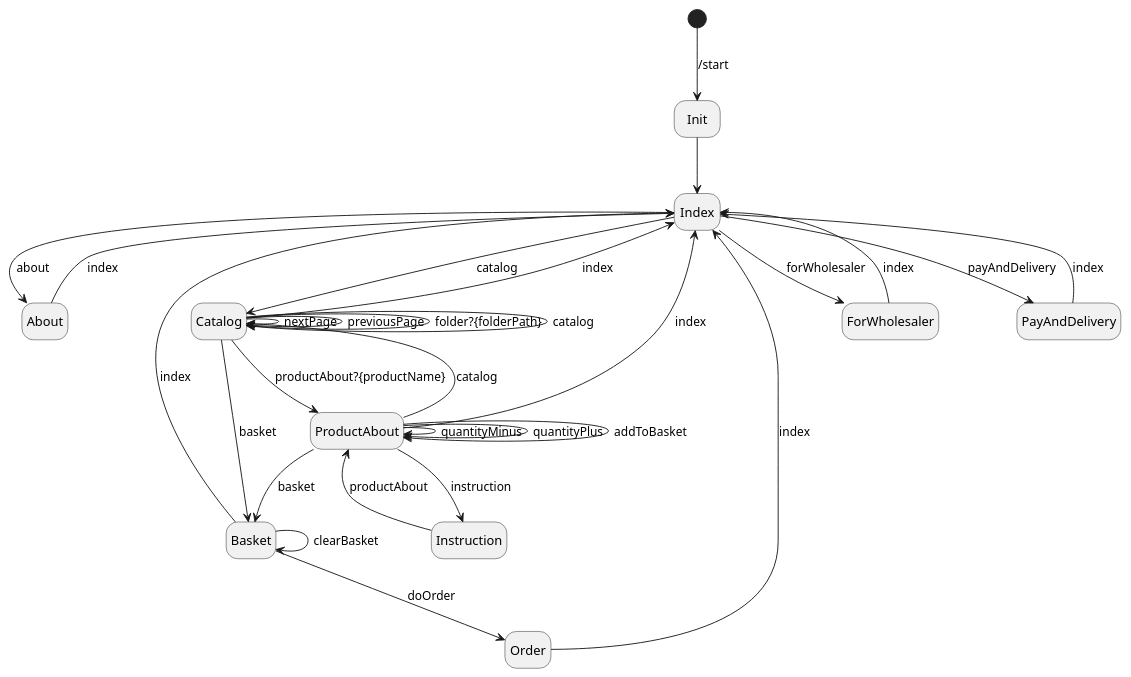
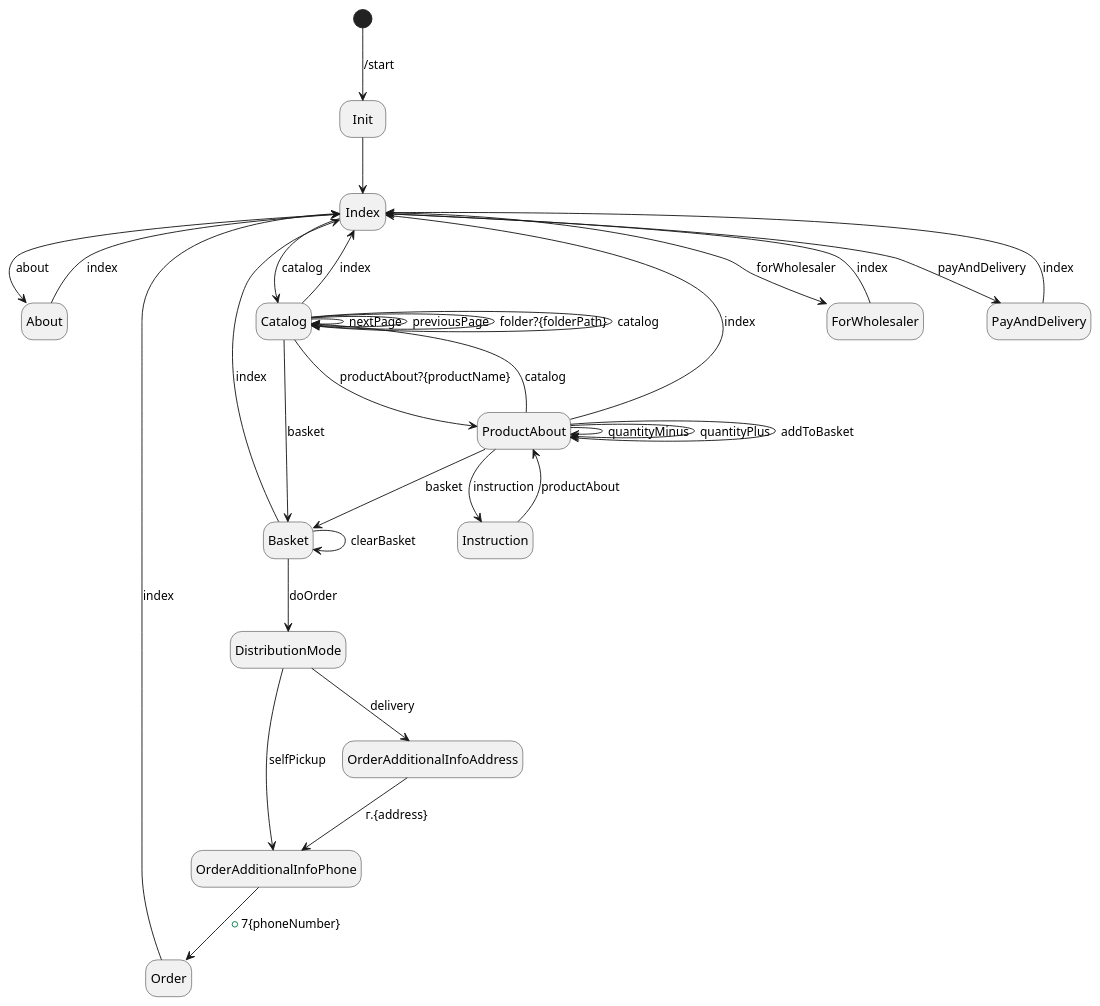
The diagram in doc/botFsmDiagram.md (ViktorShchukin/shopbot), drawn with PlantUML before and after one commit. The commit also changed 44 other files, not shown here.

Commit message:
Add phone number and address for order. Also implement deleting messages to better user experience.

````diff
--- a/doc/botFsmDiagram.md
+++ b/doc/botFsmDiagram.md
@@ -2,54 +2,62 @@
 ```plantuml
 hide empty description
 
 state entrypoint <<start>>
 
 state About
 state Basket
 state Catalog
 state Index
 state Init
 state Order
 state ProductAbout
 state ForWholesaler
 state PayAndDelivery
 state Instruction
+state DistributionMode
     
 entrypoint --> Init : /start
 Init --> Index
 
 Index --> About : about
 Index --> Catalog : catalog
 Index --> ForWholesaler : forWholesaler
 Index --> PayAndDelivery : payAndDelivery
 
 ForWholesaler --> Index : index
 About --> Index : index
 PayAndDelivery --> Index : index
 
 Catalog --> Index : index
 Catalog --> ProductAbout : productAbout?{productName}
 Catalog --> Catalog : nextPage
 Catalog --> Catalog : previousPage
 '' get into the specific folder 
 Catalog --> Catalog : folder?{folderPath}
 '' go to the root of the catalog
 Catalog --> Catalog : catalog
 Catalog --> Basket : basket
 
 ProductAbout --> ProductAbout : quantityMinus
 ProductAbout --> ProductAbout : quantityPlus
 ProductAbout --> ProductAbout : addToBasket
 ProductAbout --> Basket : basket
 ProductAbout --> Index : index
 ProductAbout --> Catalog : catalog
 ProductAbout --> Instruction : instruction
 
 Instruction --> ProductAbout : productAbout
 
 Basket --> Index : index
-Basket --> Order : doOrder
 Basket --> Basket : clearBasket
+Basket --> DistributionMode : doOrder
+
+DistributionMode --> OrderAdditionalInfoAddress : delivery
+DistributionMode --> OrderAdditionalInfoPhone : selfPickup
+
+OrderAdditionalInfoAddress --> OrderAdditionalInfoPhone : г.{address}
+
+OrderAdditionalInfoPhone --> Order : +7{phoneNumber}
 
 Order --> Index : index
 ```
````
